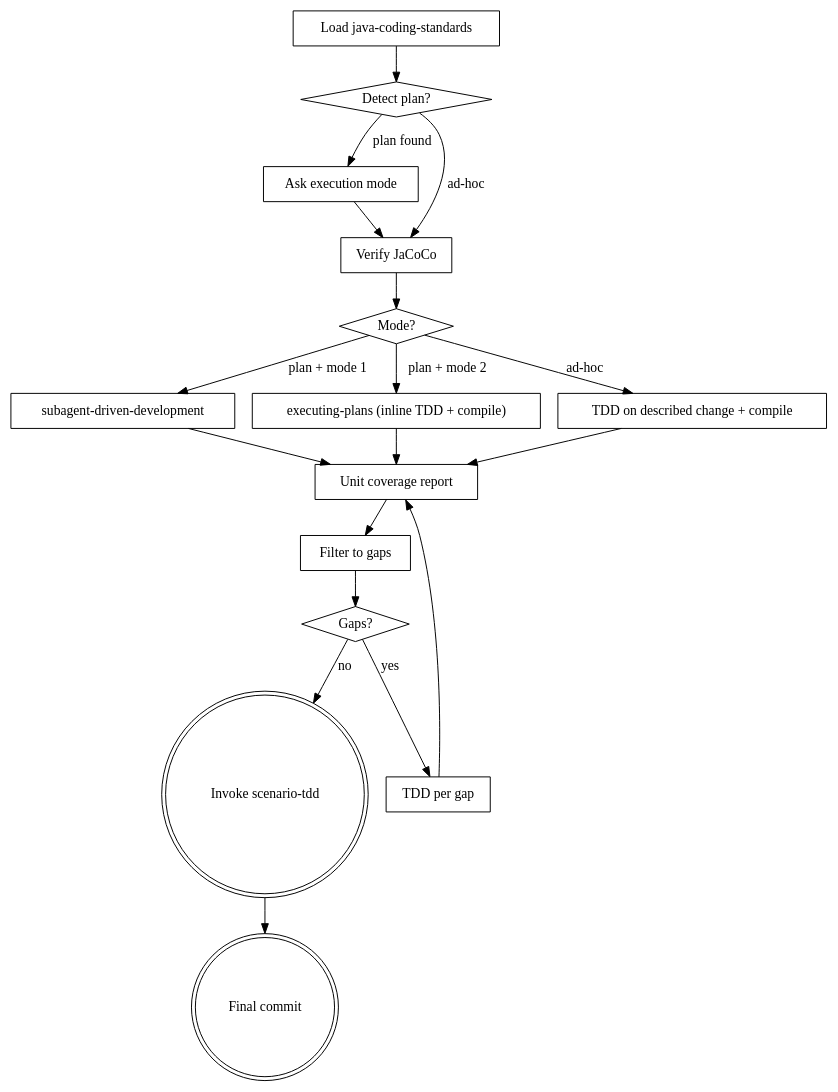
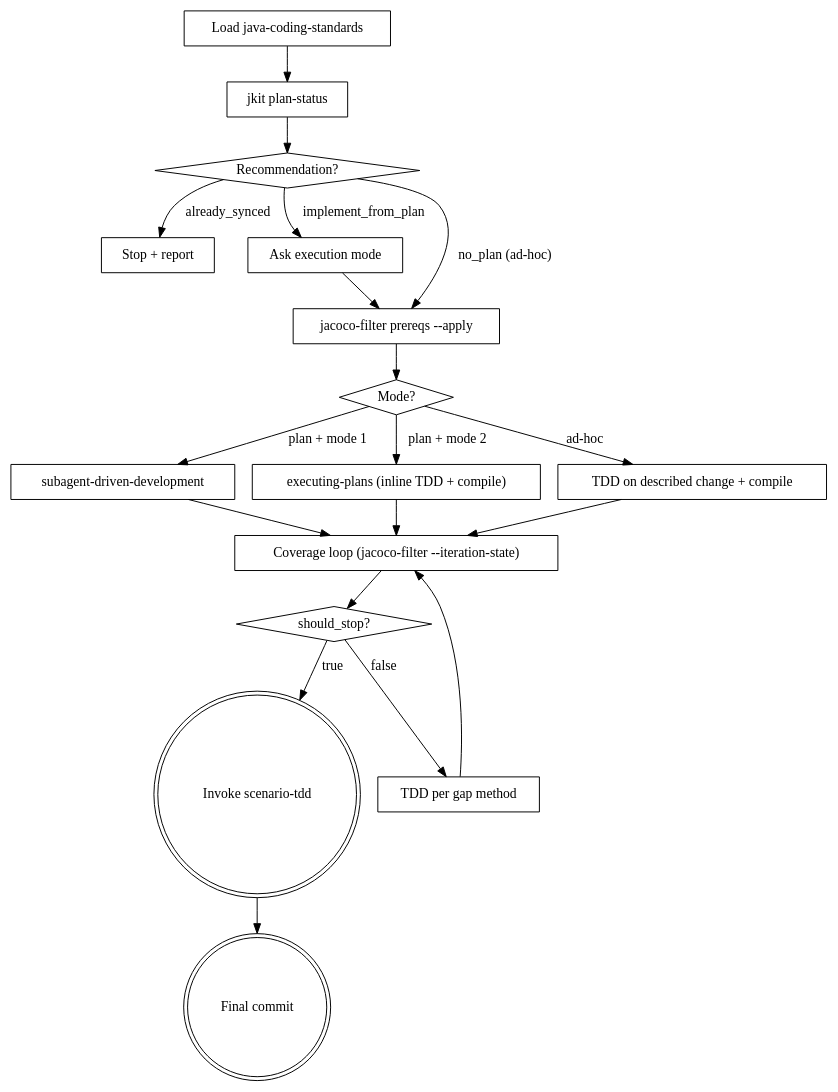
One commit to honghaowuu/jkit changed the diagram in skills/java-tdd/SKILL.md. Above: the diagram before and after it, drawn with Graphviz. The commit also changed other lines of this file, not shown here.

First line of the commit message:
refactor(java-tdd): rewrite against jkit plan-status + jacoco-filter v1.1

````diff
--- a/skills/java-tdd/SKILL.md
+++ b/skills/java-tdd/SKILL.md
@@ -37,36 +35,38 @@
 ```dot
 digraph java_tdd {
     "Load java-coding-standards" [shape=box];
-    "Detect plan?" [shape=diamond];
+    "jkit plan-status" [shape=box];
+    "Recommendation?" [shape=diamond];
+    "Stop + report" [shape=box];
     "Ask execution mode" [shape=box];
-    "Verify JaCoCo" [shape=box];
+    "jacoco-filter prereqs --apply" [shape=box];
     "Mode?" [shape=diamond];
     "subagent-driven-development" [shape=box];
     "executing-plans (inline TDD + compile)" [shape=box];
     "TDD on described change + compile" [shape=box];
-    "Unit coverage report" [shape=box];
-    "Filter to gaps" [shape=box];
-    "Gaps?" [shape=diamond];
-    "TDD per gap" [shape=box];
+    "Coverage loop (jacoco-filter --iteration-state)" [shape=box];
+    "should_stop?" [shape=diamond];
+    "TDD per gap method" [shape=box];
     "Invoke scenario-tdd" [shape=doublecircle];
     "Final commit" [shape=doublecircle];
 
-    "Load java-coding-standards" -> "Detect plan?";
-    "Detect plan?" -> "Ask execution mode" [label="plan found"];
-    "Detect plan?" -> "Verify JaCoCo" [label="ad-hoc"];
-    "Ask execution mode" -> "Verify JaCoCo";
-    "Verify JaCoCo" -> "Mode?";
+    "Load java-coding-standards" -> "jkit plan-status";
+    "jkit plan-status" -> "Recommendation?";
+    "Recommendation?" -> "Ask execution mode" [label="implement_from_plan"];
+    "Recommendation?" -> "jacoco-filter prereqs --apply" [label="no_plan (ad-hoc)"];
+    "Recommendation?" -> "Stop + report" [label="already_synced"];
+    "Ask execution mode" -> "jacoco-filter prereqs --apply";
+    "jacoco-filter prereqs --apply" -> "Mode?";
     "Mode?" -> "subagent-driven-development" [label="plan + mode 1"];
     "Mode?" -> "executing-plans (inline TDD + compile)" [label="plan + mode 2"];
     "Mode?" -> "TDD on described change + compile" [label="ad-hoc"];
-    "subagent-driven-development" -> "Unit coverage report";
-    "executing-plans (inline TDD + compile)" -> "Unit coverage report";
-    "TDD on described change + compile" -> "Unit coverage report";
-    "Unit coverage report" -> "Filter to gaps";
-    "Filter to gaps" -> "Gaps?";
-    "Gaps?" -> "TDD per gap" [label="yes"];
-    "TDD per gap" -> "Unit coverage report";
-    "Gaps?" -> "Invoke scenario-tdd" [label="no"];
+    "subagent-driven-development" -> "Coverage loop (jacoco-filter --iteration-state)";
+    "executing-plans (inline TDD + compile)" -> "Coverage loop (jacoco-filter --iteration-state)";
+    "TDD on described change + compile" -> "Coverage loop (jacoco-filter --iteration-state)";
+    "Coverage loop (jacoco-filter --iteration-state)" -> "should_stop?";
+    "should_stop?" -> "TDD per gap method" [label="false"];
+    "TDD per gap method" -> "Coverage loop (jacoco-filter --iteration-state)";
+    "should_stop?" -> "Invoke scenario-tdd" [label="true"];
     "Invoke scenario-tdd" -> "Final commit";
 }
 ```
````
